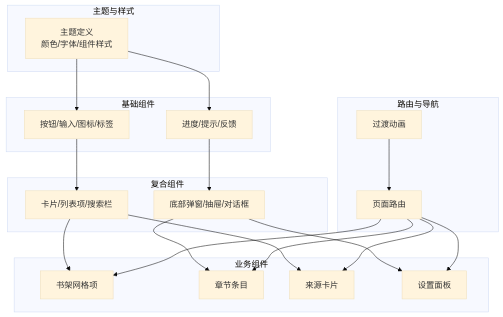
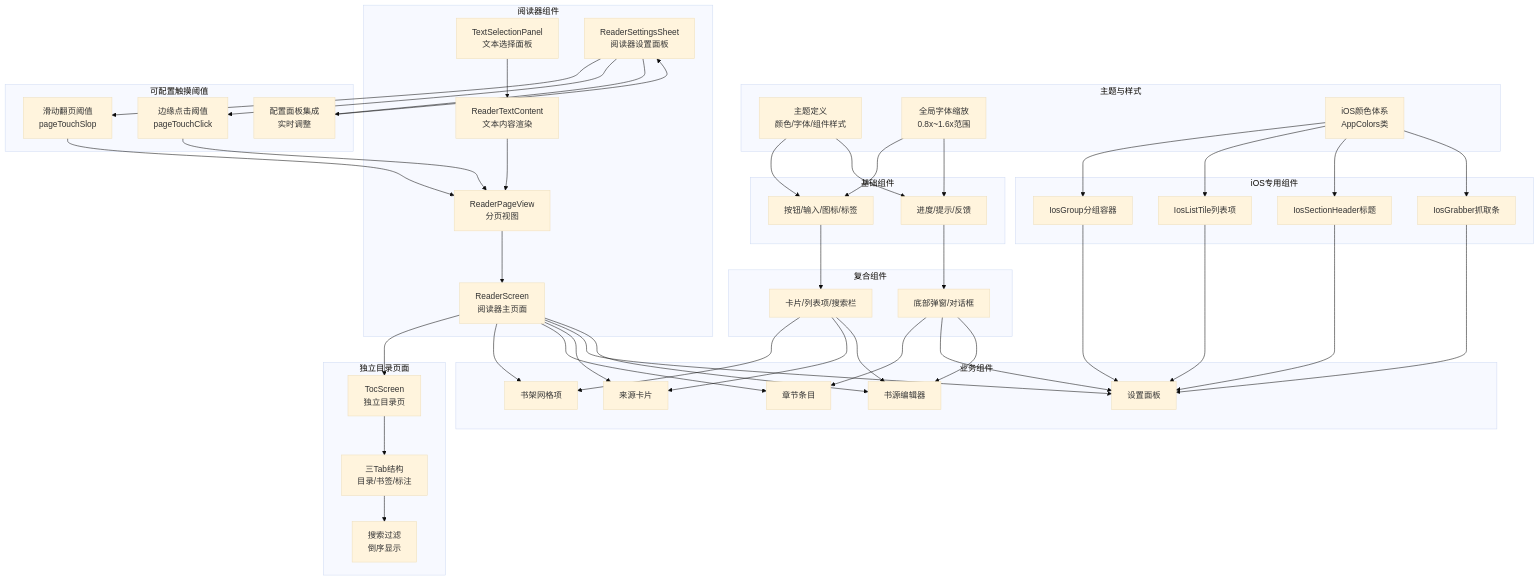
One commit to ZhangGHGitHub/LegadoTeamFlutter changed the second of 20 diagrams in .qoder/repowiki/zh/content/Flutter跨平台应用/UI组件系统/UI组件系统.md. Above: the diagram before and after it, drawn with Mermaid (base theme). The commit also changed other lines of this file and 173 other files, not shown here.

````diff
--- a/.qoder/repowiki/zh/content/Flutter跨平台应用/UI组件系统/UI组件系统.md
+++ b/.qoder/repowiki/zh/content/Flutter跨平台应用/UI组件系统/UI组件系统.md
@@ -88,6 +133,8 @@
 graph TB
 subgraph "主题与样式"
 T1["主题定义<br/>颜色/字体/组件样式"]
+T2["全局字体缩放<br/>0.8x~1.6x范围"]
+T3["iOS颜色体系<br/>AppColors类"]
 end
 subgraph "基础组件"
 B1["按钮/输入/图标/标签"]
@@ -95,29 +142,73 @@
 end
 subgraph "复合组件"
 C1["卡片/列表项/搜索栏"]
-C2["底部弹窗/抽屉/对话框"]
+C2["底部弹窗/对话框"]
+end
+subgraph "iOS专用组件"
+IOS1["IosGroup分组容器"]
+IOS2["IosListTile列表项"]
+IOS3["IosSectionHeader标题"]
+IOS4["IosGrabber抓取条"]
+end
+subgraph "阅读器组件"
+R1["TextSelectionPanel<br/>文本选择面板"]
+R2["ReaderTextContent<br/>文本内容渲染"]
+R3["ReaderPageView<br/>分页视图"]
+R4["ReaderScreen<br/>阅读器主页面"]
+R5["ReaderSettingsSheet<br/>阅读器设置面板"]
+end
+subgraph "可配置触摸阈值"
+TS1["滑动翻页阈值<br/>pageTouchSlop"]
+TS2["边缘点击阈值<br/>pageTouchClick"]
+TS3["配置面板集成<br/>实时调整"]
+end
+subgraph "独立目录页面"
+TOC1["TocScreen<br/>独立目录页"]
+TOC2["三Tab结构<br/>目录/书签/标注"]
+TOC3["搜索过滤<br/>倒序显示"]
 end
 subgraph "业务组件"
 S1["书架网格项"]
 S2["章节条目"]
 S3["来源卡片"]
 S4["设置面板"]
-end
-subgraph "路由与导航"
-R1["页面路由"]
-R2["过渡动画"]
+S5["书源编辑器"]
 end
 T1 --> B1
 T1 --> B2
+T2 --> B1
+T2 --> B2
+T3 --> IOS1
+T3 --> IOS2
+T3 --> IOS3
+T3 --> IOS4
 B1 --> C1
 B2 --> C2
 C1 --> S1
 C2 --> S2
 C1 --> S3
 C2 --> S4
-R1 --> S1
-R1 --> S2
-R1 --> S3
-R1 --> S4
-R2 --> R1
+C1 --> S5
+C2 --> S5
+IOS1 --> S4
+IOS2 --> S4
+IOS3 --> S4
+IOS4 --> S4
+R1 --> R2
+R2 --> R3
+R3 --> R4
+R4 --> TOC1
+TOC1 --> TOC2
+TOC2 --> TOC3
+R4 --> S1
+R4 --> S2
+R4 --> S3
+R4 --> S4
+R4 --> S5
+R5 --> TS1
+R5 --> TS2
+R5 --> TS3
+TS1 --> R3
+TS2 --> R3
+TS3 --> R5
 ```
````
